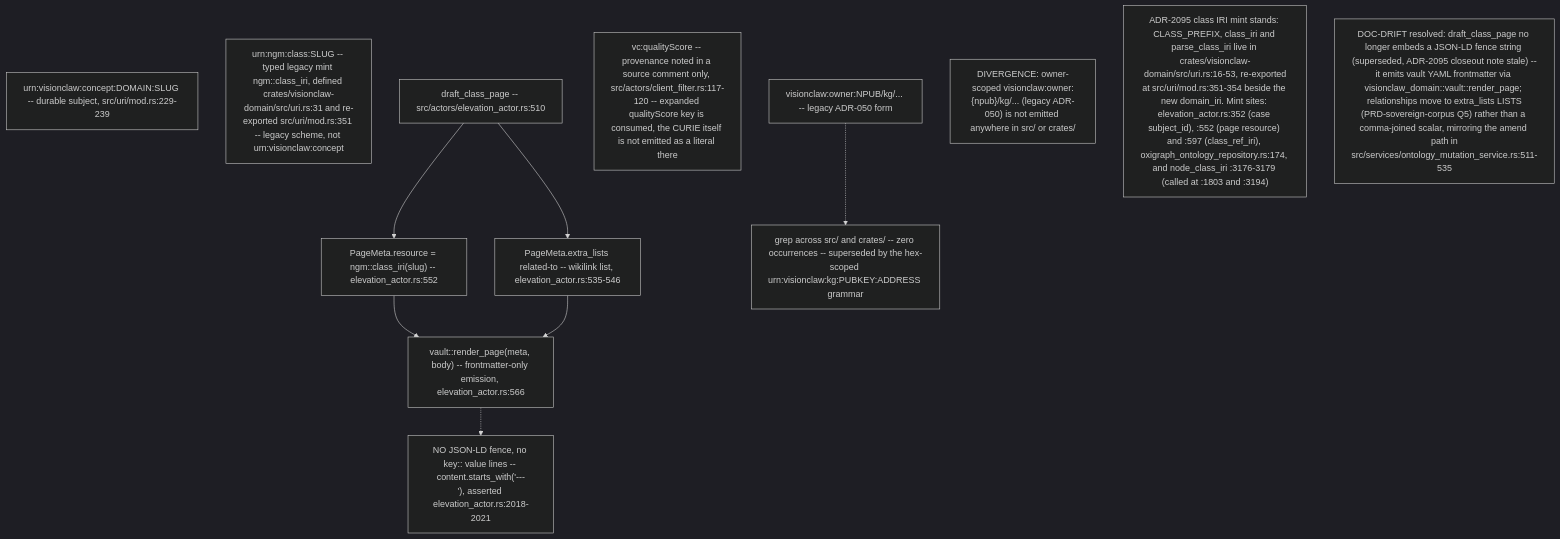
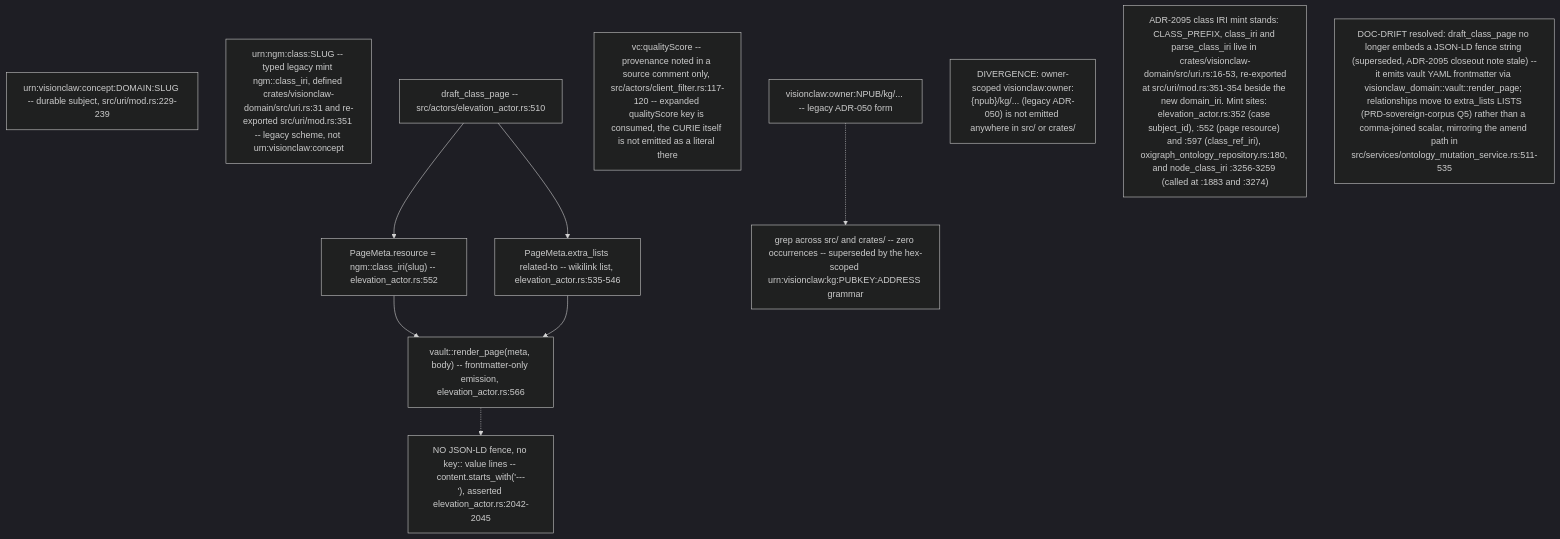
One commit to DreamLab-AI/VisionFlow changed the ninth of 10 diagrams in docs/diagrams/visionclaw/23-identifiers-urn-did-sha12.md. Above: the diagram before and after it, drawn with Mermaid (dark theme). The commit also changed other lines of this file and 7 other files, not shown here.

````diff
--- a/docs/diagrams/visionclaw/23-identifiers-urn-did-sha12.md
+++ b/docs/diagrams/visionclaw/23-identifiers-urn-did-sha12.md
@@ -328,16 +328,16 @@
 ```mermaid
 flowchart TD
     Concept["urn:visionclaw:concept:DOMAIN:SLUG -- durable subject, src/uri/mod.rs:229-239"]
     LegacyClass["urn:ngm:class:SLUG -- typed legacy mint ngm::class_iri, defined crates/visionclaw-domain/src/uri.rs:31 and re-exported src/uri/mod.rs:351 -- legacy scheme, not urn:visionclaw:concept"]
     Draft["draft_class_page -- src/actors/elevation_actor.rs:510"] --> Meta["PageMeta.resource = ngm::class_iri(slug) -- elevation_actor.rs:552"]
     Draft --> Lists["PageMeta.extra_lists related-to -- wikilink list, elevation_actor.rs:535-546"]
     Meta --> Render["vault::render_page(meta, body) -- frontmatter-only emission, elevation_actor.rs:566"]
     Lists --> Render
-    Render -.-> NoFence["NO JSON-LD fence, no key:: value lines -- content.starts_with('---\n'), asserted elevation_actor.rs:2018-2021"]
+    Render -.-> NoFence["NO JSON-LD fence, no key:: value lines -- content.starts_with('---\n'), asserted elevation_actor.rs:2042-2045"]
     QS["vc:qualityScore -- provenance noted in a source comment only, src/actors/client_filter.rs:117-120 -- expanded qualityScore key is consumed, the CURIE itself is not emitted as a literal there"]
     OwnerScoped["visionclaw:owner:NPUB/kg/... -- legacy ADR-050 form"] -.-> Absent["grep across src/ and crates/ -- zero occurrences -- superseded by the hex-scoped urn:visionclaw:kg:PUBKEY:ADDRESS grammar"]
 
     DivB["DIVERGENCE: owner-scoped visionclaw:owner:{npub}/kg/... (legacy ADR-050) is not emitted anywhere in src/ or crates/"]
-    DriftX["ADR-2095 class IRI mint stands: CLASS_PREFIX, class_iri and parse_class_iri live in crates/visionclaw-domain/src/uri.rs:16-53, re-exported<br/>at src/uri/mod.rs:351-354 beside the new domain_iri. Mint sites: elevation_actor.rs:352 (case subject_id), :552 (page resource) and :597 (class_ref_iri), oxigraph_ontology_repository.rs:174, and node_class_iri :3176-3179 (called at :1803 and :3194)"]
+    DriftX["ADR-2095 class IRI mint stands: CLASS_PREFIX, class_iri and parse_class_iri live in crates/visionclaw-domain/src/uri.rs:16-53, re-exported<br/>at src/uri/mod.rs:351-354 beside the new domain_iri. Mint sites: elevation_actor.rs:352 (case subject_id), :552 (page resource) and :597 (class_ref_iri), oxigraph_ontology_repository.rs:180, and node_class_iri :3256-3259 (called at :1883 and :3274)"]
     Refactor["DOC-DRIFT resolved: draft_class_page no longer embeds a JSON-LD fence string (superseded, ADR-2095 closeout note stale) --<br/>it emits vault YAML frontmatter via visionclaw_domain::vault::render_page; relationships move to extra_lists LISTS<br/>(PRD-sovereign-corpus Q5) rather than a comma-joined scalar, mirroring the amend path in<br/>src/services/ontology_mutation_service.rs:511-535"]
 ```
````
